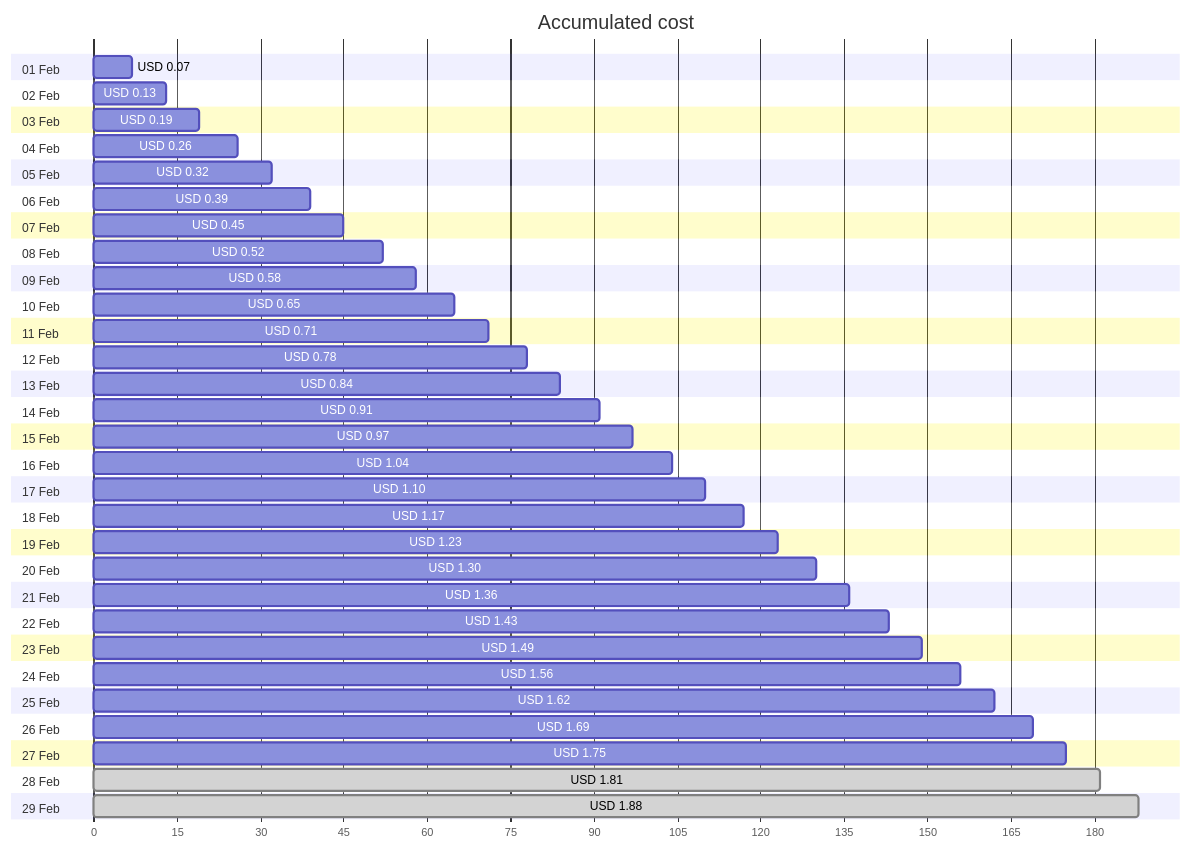
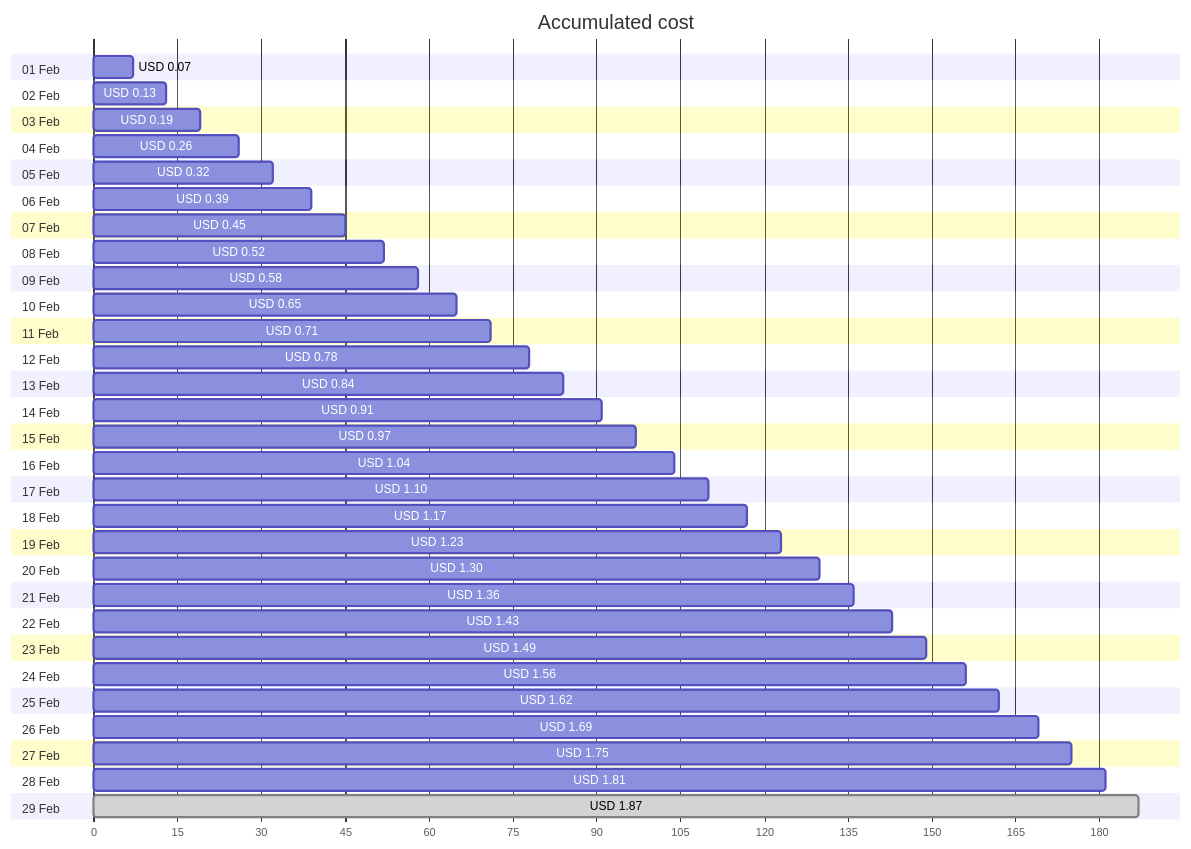
One commit to jpfulton/azure-personal-reports changed the first of 4 diagrams in cost-reports/personal-network/backup-server_OsDisk.md. Above: the diagram before and after it, drawn with Mermaid. The commit also changed other lines of this file and 8 other files, not shown here.

````diff
--- a/cost-reports/personal-network/backup-server_OsDisk.md
+++ b/cost-reports/personal-network/backup-server_OsDisk.md
@@ -20,64 +20,64 @@
 ```mermaid
 gantt
    title Accumulated cost
    dateFormat  X
    axisFormat %s
    section 01 Feb
    USD 0.07 :0, 7
    section 02 Feb
    USD 0.13 :0, 13
    section 03 Feb
    USD 0.19 :0, 19
    section 04 Feb
    USD 0.26 :0, 26
    section 05 Feb
    USD 0.32 :0, 32
    section 06 Feb
    USD 0.39 :0, 39
    section 07 Feb
    USD 0.45 :0, 45
    section 08 Feb
    USD 0.52 :0, 52
    section 09 Feb
    USD 0.58 :0, 58
    section 10 Feb
    USD 0.65 :0, 65
    section 11 Feb
    USD 0.71 :0, 71
    section 12 Feb
    USD 0.78 :0, 78
    section 13 Feb
    USD 0.84 :0, 84
    section 14 Feb
    USD 0.91 :0, 91
    section 15 Feb
    USD 0.97 :0, 97
    section 16 Feb
    USD 1.04 :0, 104
    section 17 Feb
    USD 1.10 :0, 110
    section 18 Feb
    USD 1.17 :0, 117
    section 19 Feb
    USD 1.23 :0, 123
    section 20 Feb
    USD 1.30 :0, 130
    section 21 Feb
    USD 1.36 :0, 136
    section 22 Feb
    USD 1.43 :0, 143
    section 23 Feb
    USD 1.49 :0, 149
    section 24 Feb
    USD 1.56 :0, 156
    section 25 Feb
    USD 1.62 :0, 162
    section 26 Feb
    USD 1.69 :0, 169
    section 27 Feb
    USD 1.75 :0, 175
    section 28 Feb
-   USD 1.81 : done, 0, 181
+   USD 1.81 :0, 181
    section 29 Feb
-   USD 1.88 : done, 0, 188
+   USD 1.87 : done, 0, 187
 ```
````
